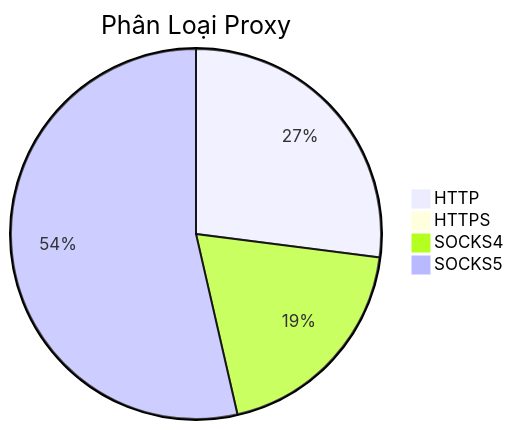
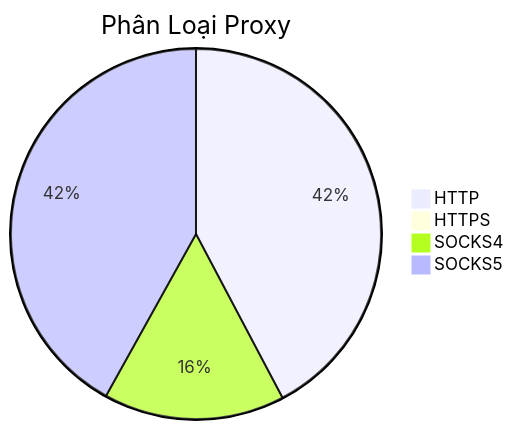
Before and after one commit to Ciara-12/PROXY-free: the diagram in README.md, drawn with Mermaid. The commit also changed other lines of this file and 3 other files, not shown here.

````diff
--- a/README.md
+++ b/README.md
@@ -26,7 +26,7 @@
 ```mermaid
 pie title Phân Loại Proxy
-    "HTTP" : 477
+    "HTTP" : 992
     "HTTPS" : 0
-    "SOCKS4" : 342
-    "SOCKS5" : 946
+    "SOCKS4" : 371
+    "SOCKS5" : 984
 ```
````
